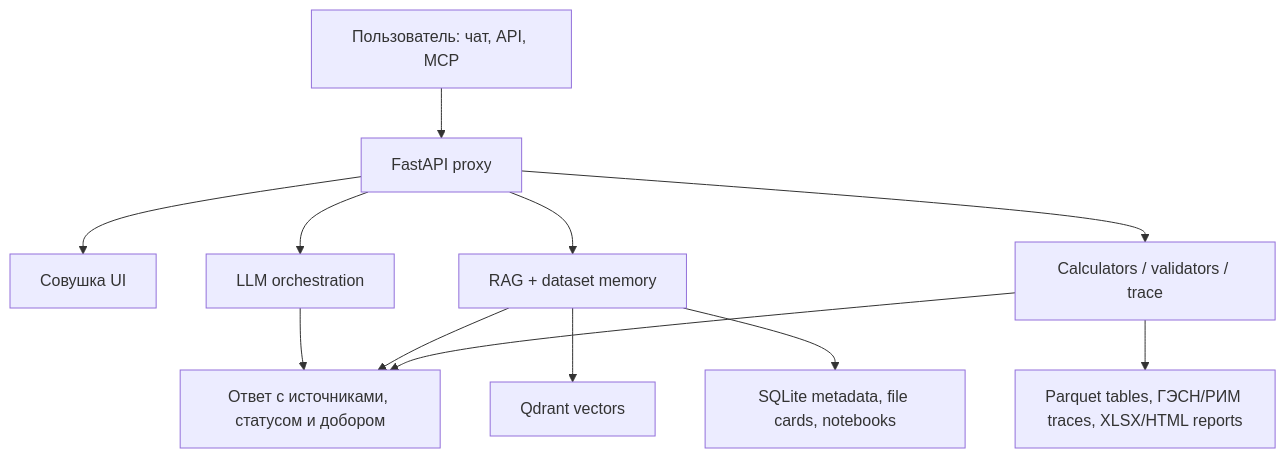
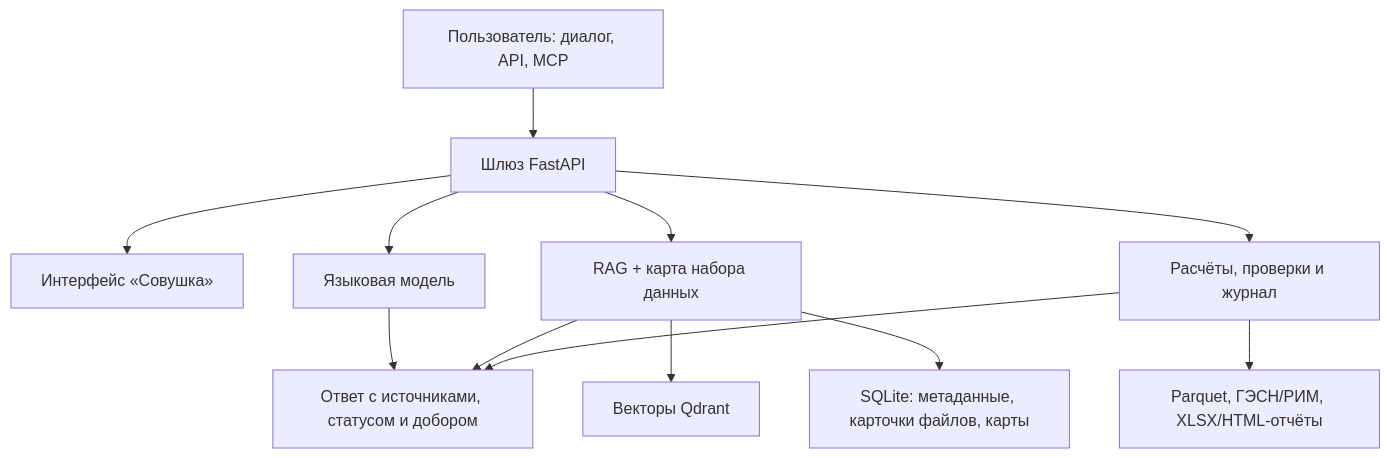
One commit to proovcme/les_rag_public changed the first of 2 diagrams in README.md. Above: the diagram before and after it, drawn with Mermaid. The commit also changed other lines of this file and 1 other file, not shown here.

````diff
--- a/README.md
+++ b/README.md
@@ -48,14 +41,14 @@
 ```mermaid
 flowchart TB
-    U["Пользователь: чат, API, MCP"] --> P["FastAPI proxy"]
-    P --> S["Совушка UI"]
-    P --> M["LLM orchestration"]
-    P --> R["RAG + dataset memory"]
-    P --> C["Calculators / validators / trace"]
-    R --> Q["Qdrant vectors"]
-    R --> DB["SQLite metadata, file cards, notebooks"]
-    C --> T["Parquet tables, ГЭСН/РИМ traces, XLSX/HTML reports"]
+    U["Пользователь: диалог, API, MCP"] --> P["Шлюз FastAPI"]
+    P --> S["Интерфейс «Совушка»"]
+    P --> M["Языковая модель"]
+    P --> R["RAG + карта набора данных"]
+    P --> C["Расчёты, проверки и журнал"]
+    R --> Q["Векторы Qdrant"]
+    R --> DB["SQLite: метаданные, карточки файлов, карты"]
+    C --> T["Parquet, ГЭСН/РИМ, XLSX/HTML-отчёты"]
     M --> A["Ответ с источниками, статусом и добором"]
     R --> A
     C --> A
 ```
````
